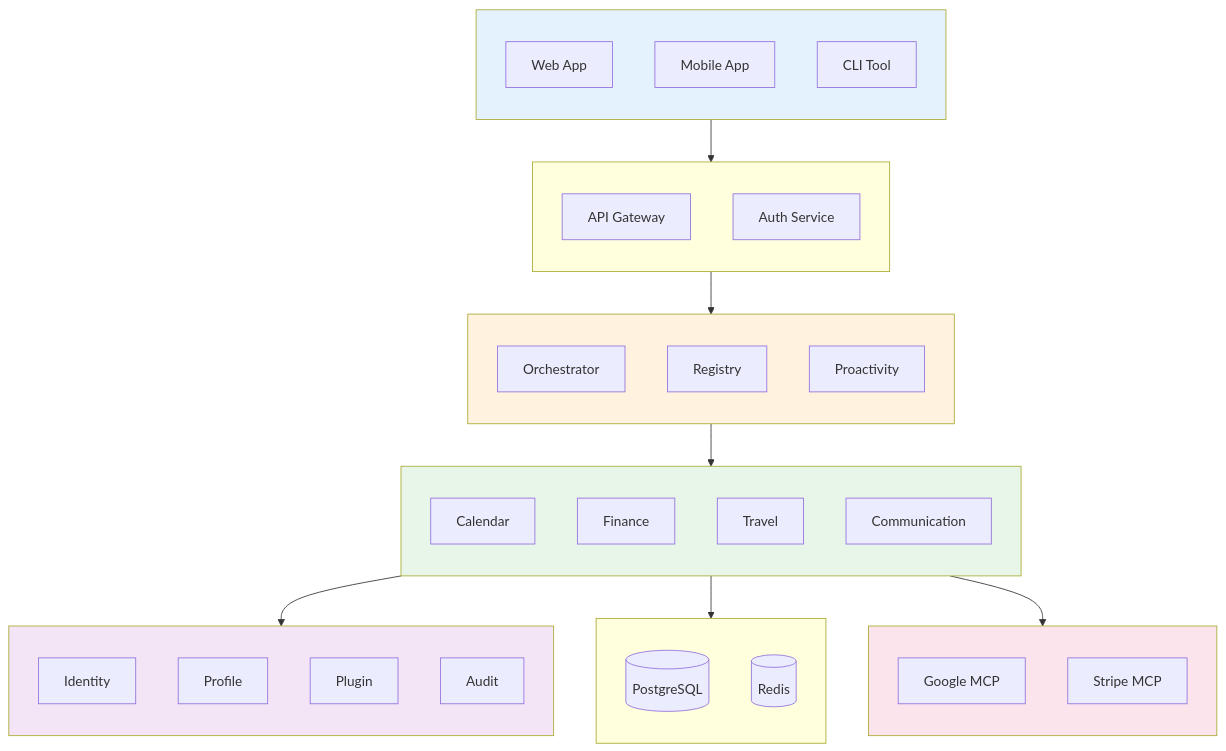
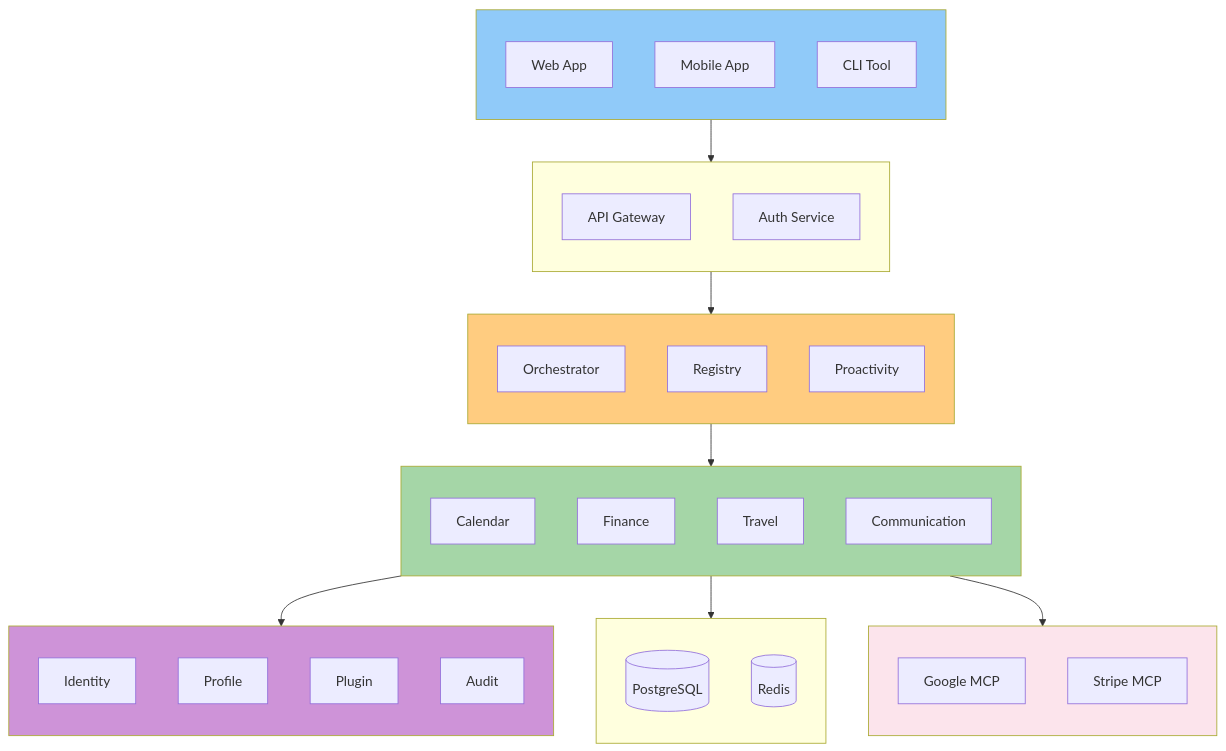
Before and after one commit to y-core-engineering/fidus: the second of 2 diagrams in docs/solution-architecture/01-executive-summary.md, drawn with Mermaid. The commit also changed 26 other files, not shown here.

First line of the commit message:
feat: add comprehensive UX/UI design docs and Mermaid validation (#6)

````diff
--- a/docs/solution-architecture/01-executive-summary.md
+++ b/docs/solution-architecture/01-executive-summary.md
@@ -531,63 +531,63 @@
 ```mermaid
 graph TB
     subgraph ul[" "]
         direction TB
         Web[Web App]
         Mobile[Mobile App]
         CLI[CLI Tool]
     end
 
     subgraph api[" "]
         direction TB
         Gateway[API Gateway]
         Auth[Auth Service]
     end
 
     subgraph core[" "]
         direction TB
         Orch[Orchestrator]
         Registry[Registry]
         Proact[Proactivity]
     end
 
     subgraph agents[" "]
         direction TB
         Cal[Calendar]
         Fin[Finance]
         Travel[Travel]
         Comm[Communication]
     end
 
     subgraph support[" "]
         direction TB
         Identity[Identity]
         Profile[Profile]
         Plugin[Plugin]
         Audit[Audit]
     end
 
     subgraph data[" "]
         direction TB
         PG[(PostgreSQL)]
         Redis[(Redis)]
     end
 
     subgraph ext[" "]
         direction TB
         Google[Google MCP]
         Stripe[Stripe MCP]
     end
 
     ul --> api
     api --> core
     core --> agents
     agents --> support
     agents --> data
     agents --> ext
 
-    style ul fill:#e3f2fd
-    style core fill:#fff3e0
-    style agents fill:#e8f5e9
-    style support fill:#f3e5f5
+    style ul fill:#90caf9
+    style core fill:#ffcc80
+    style agents fill:#a5d6a7
+    style support fill:#ce93d8
     style ext fill:#fce4ec
 ```
````
